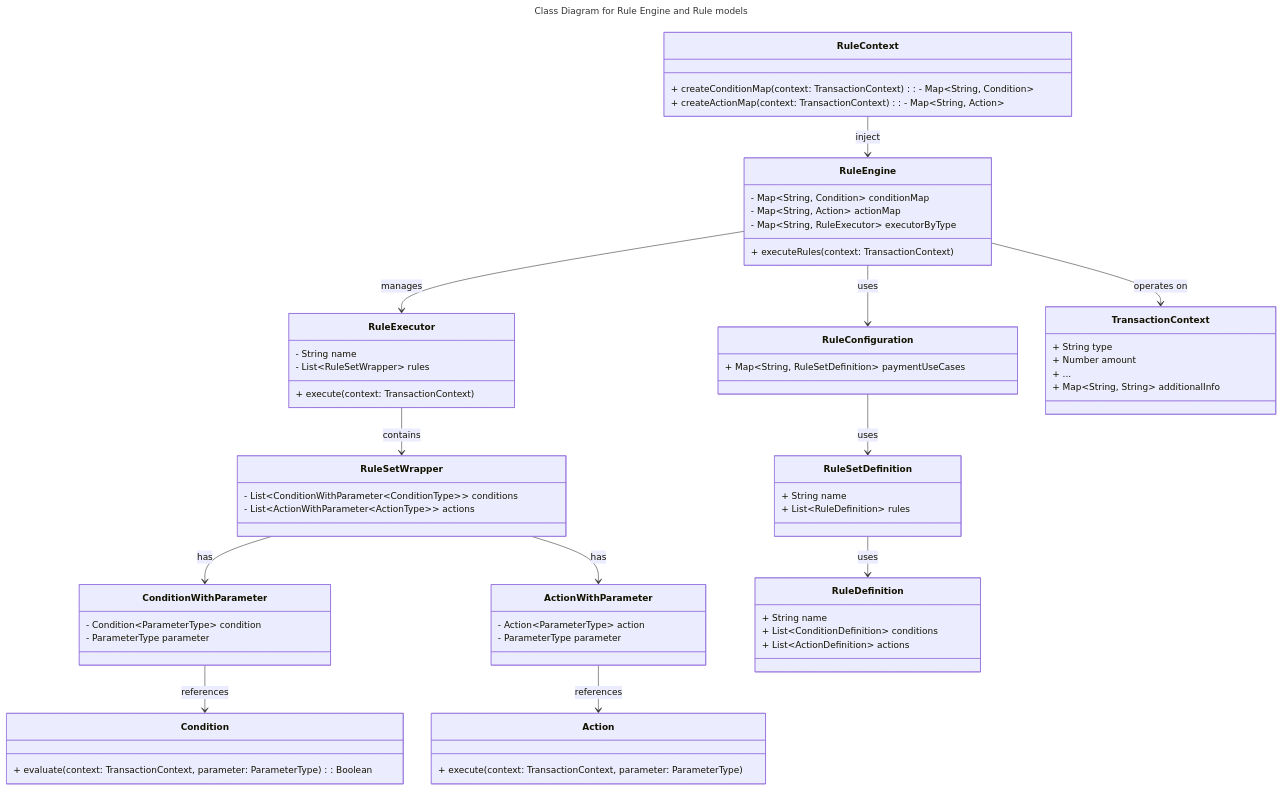
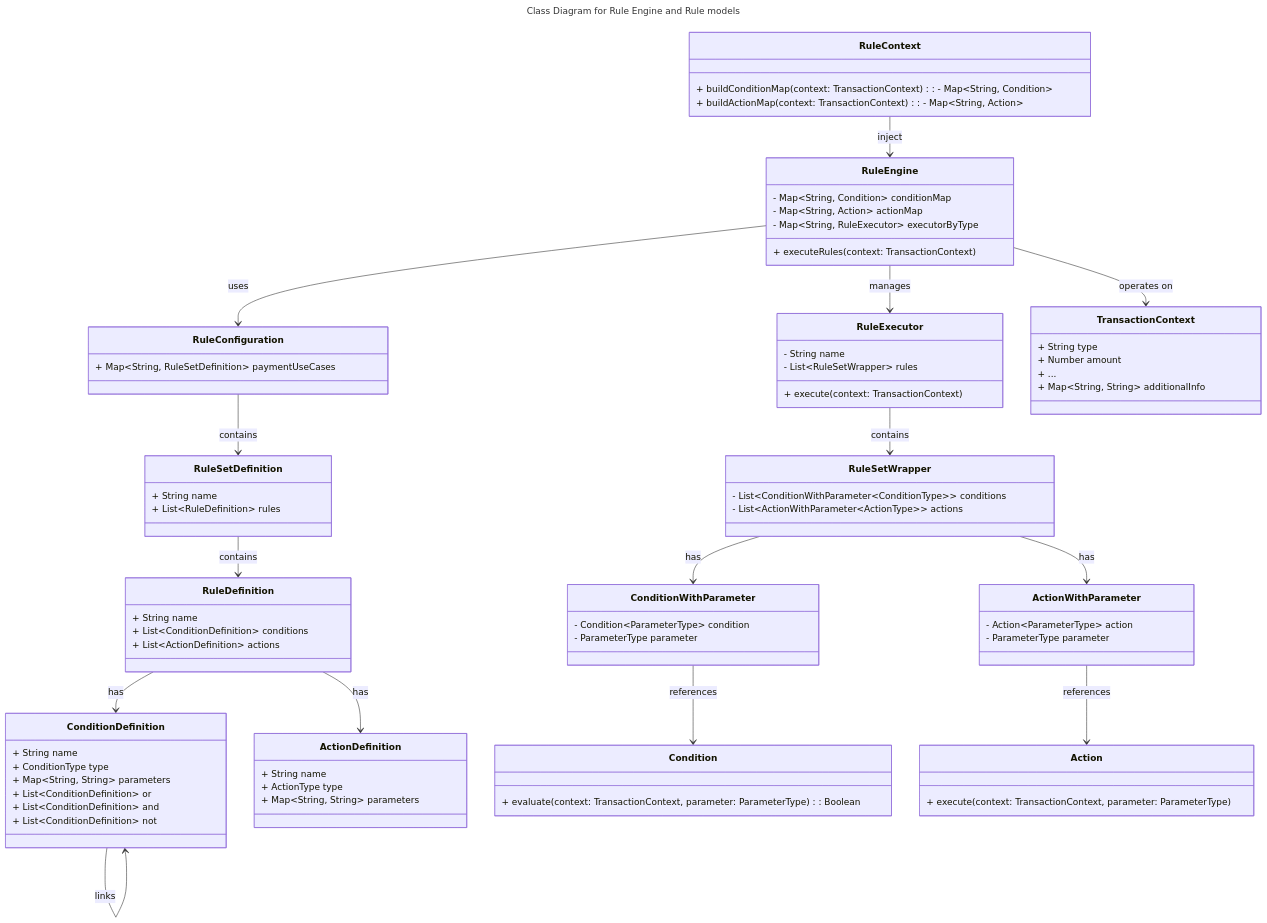
The first of 3 diagrams in README.md (thanhtrixx/rule-engine), drawn with Mermaid before and after one commit. The commit also changed other lines of this file and 6 other files, not shown here.

```diff
--- a/README.md
+++ b/README.md
@@ -15,8 +75,8 @@
     }
 
     class RuleContext {
-        + createConditionMap(context: TransactionContext): - Map~String, Condition~
-        + createActionMap(context: TransactionContext): - Map~String, Action~
+        + buildConditionMap(context: TransactionContext): - Map~String, Condition~
+        + buildActionMap(context: TransactionContext): - Map~String, Action~
     }
 
     class RuleExecutor {
@@ -44,15 +104,30 @@
         + Map~String, RuleSetDefinition~ paymentUseCases
     }
 
-
     class RuleSetDefinition {
         + String name
         + List~RuleDefinition~ rules
     }
+
     class RuleDefinition {
         + String name
         + List~ConditionDefinition~ conditions
         + List~ActionDefinition~ actions
+    }
+
+    class ConditionDefinition {
+        + String name
+        + ConditionType type
+        + Map~String, String~ parameters
+        + List~ConditionDefinition~ or
+        + List~ConditionDefinition~ and
+        + List~ConditionDefinition~ not
+    }
+
+    class ActionDefinition {
+        + String name
+        + ActionType type
+        + Map~String, String~ parameters
     }
 
     class TransactionContext {
@@ -76,8 +151,11 @@
     RuleSetWrapper --> ActionWithParameter : has
     RuleEngine --> RuleConfiguration : uses
     RuleContext --> RuleEngine : inject
-    RuleConfiguration --> RuleSetDefinition : uses
-    RuleSetDefinition --> RuleDefinition : uses
+    RuleConfiguration --> RuleSetDefinition : contains
+    RuleSetDefinition --> RuleDefinition : contains
+    RuleDefinition --> ConditionDefinition : has
+    RuleDefinition --> ActionDefinition : has
+    ConditionDefinition --> ConditionDefinition : links
     ConditionWithParameter --> Condition : references
     ActionWithParameter --> Action : references
     RuleEngine --> TransactionContext : operates on
```
